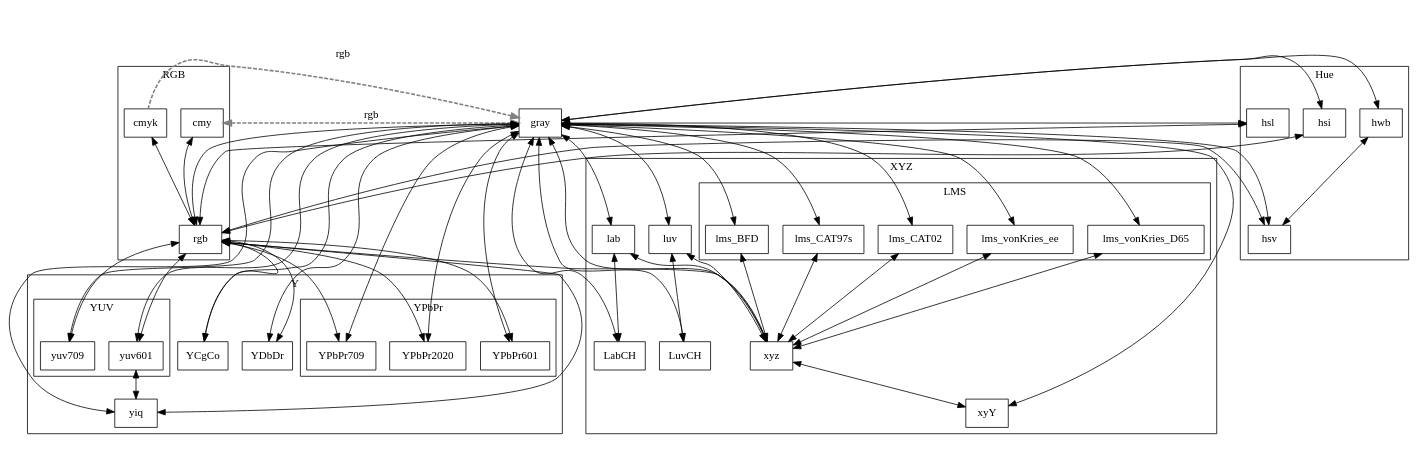
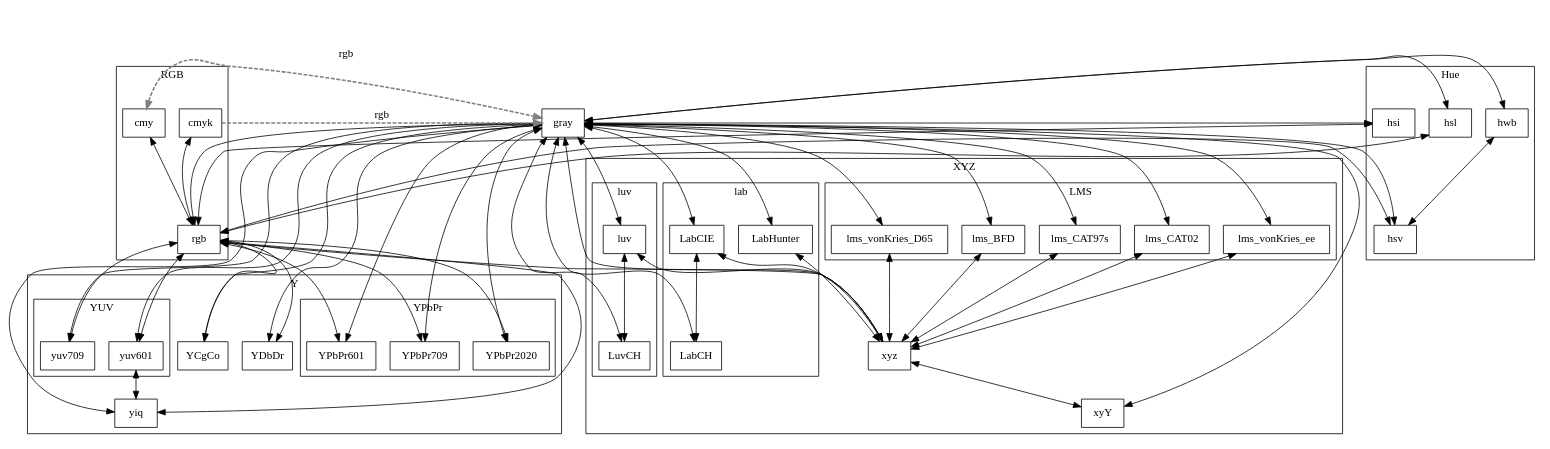
The diagram in doc/gv/conv.gv (dmilos/color), drawn with Graphviz before and after one commit. The commit also changed 15 other files, not shown here.

Commit message:
* new:[API] Promoted CIE/Hunter variant to README.md and HTML * fix:[internal] LabcH <-> lab conversion

```diff
--- a/doc/gv/conv.gv
+++ b/doc/gv/conv.gv
@@ -1,148 +1,160 @@
 digraph color_conversion {
 	node [ shape ="box" ];
 	//gray [ color=gray, penwidth = 5 ];
 	//rgb [ style=striped , fillcolor="red:green:blue" ];
 
 	cmy  -> gray [ label = "rgb", style=dashed, color=gray, penwidth = 2, dir=both ];
 	cmy  -> rgb  [ label = "", dir=both  ];
 
 	cmyk -> gray[ label = "rgb", style=dashed, color=gray, penwidth = 2, dir=forward ];
 	cmyk -> rgb [ label = "", dir=both ];
 
 	gray -> hsi   [ label = "", dir=both ];
 	gray -> hsl   [ label = "", dir=both ];
 	gray -> hsv   [ label = "", dir=both  ];
 	gray -> hwb   [ label = "", dir=both ];
 	gray -> rgb   [ label = "", dir=both ];
 	gray -> xyz   [ label = "", dir=both ];
 	gray -> YCgCo [ label = "", dir=both ];
 	gray -> YDbDr [ label = "", dir=both ];
 	gray -> yiq   [ label = "", dir=both ];
 	gray -> YPbPr601  [ label = "", dir=both ];
 	gray -> YPbPr709  [ label = "", dir=both ];
 	gray -> YPbPr2020 [ label = "", dir=both ];
 	gray -> yuv601   [ label = "", dir=both ];
 	gray -> yuv709   [ label = "", dir=both ];
 
 	gray -> lms_vonKries_ee   [ label = "", dir=both ];
 	gray -> lms_vonKries_D65   [ label = "", dir=both ];
 	gray -> lms_BFD   [ label = "", dir=both ];
 	gray -> lms_CAT97s   [ label = "", dir=both ];
 	gray -> lms_CAT02   [ label = "", dir=both ];
 	gray -> luv   [ label = "", dir=both ];
-	gray -> lab   [ label = "", dir=both ];
+	gray -> LabCIE   [ label = "", dir=both ];
+	gray -> LabHunter[ label = "", dir=both ];
 	gray -> xyY   [ label = "", dir=both ];
 
 	gray -> LabCH [ label = "", dir=both ];
 	gray -> LuvCH [ label = "", dir=both ];
 
 	hwb  -> hsv[ label = "", dir=both ];
 
 	hsi  -> rgb [ label = "", dir=both ];
 
 	hsl  -> rgb [ label = "", dir=both ];
 
 	hsv  -> rgb [ label = "", dir=both ];
 
 	lms_vonKries_ee -> xyz[ label = "", dir=both ];
 	lms_vonKries_D65 -> xyz[ label = "", dir=both ];
 	lms_BFD  -> xyz[ label = "", dir=both ];
 	lms_CAT97s -> xyz[ label = "", dir=both ];
 	lms_CAT02  -> xyz[ label = "", dir=both ];
 	luv -> xyz [ label = "", dir=both ];
 
 	rgb -> xyz   [ label = "", dir=both ];
 	rgb -> YCgCo [ label = "", dir=both ];
 	rgb -> YDbDr [ label = "", dir=both ];
 	rgb -> yiq   [ label = "", dir=both ];
 	rgb -> YPbPr601  [ label = "", dir=both ];
 	rgb -> YPbPr709  [ label = "", dir=both ];
 	rgb -> YPbPr2020 [ label = "", dir=both ];
 	rgb -> yuv601[ label = "", dir=both ];
 	rgb -> yuv709[ label = "", dir=both ];
 
 	//xyz -> Hunter  [ label = "", dir=both ];
 	xyz -> xyY     [ label = "", dir=both ];
-	lab -> xyz     [ label = "", dir=both ];
-	lab -> LabCH   [ label = "", dir=both ];
+	LabCIE -> xyz     [ label = "", dir=both ];
+	LabHunter -> xyz     [ label = "", dir=both ];
+	LabCIE -> LabCH   [ label = "", dir=both ];
 	luv -> LuvCH   [ label = "", dir=both ];
 
 	//yuv -> yuv   [ label = "", dir=both ];
 
 	yuv601 -> yiq   [ label = "", dir=both ];
 
 	subgraph cluster_hue
 	{
 		label = "Hue";
 		node [ ] hwb;
 		node [ ] hsi;
 		node [ ] hsl;
 		node [ ] hsv;
 	}
 
 	subgraph cluster_Y
 	{
 		label = "Y";
 		node [ ] YCgCo;
 		node [ ] YDbDr;
 		node [ ] yiq  ;
 		node [ ] YPbPr601 ;
 		node [ ] YPbPr709 ;
 		node [ ] YPbPr2020;
 		node [ ] yuv601;
 		node [ ] yuv709;
 		subgraph cluster_yuv
 		{
 			label = "YUV";
 			node [ ] yuv601;
 			node [ ] yuv709;
 		}
 		subgraph cluster_YPbPr
 		{
 			label = "YPbPr";
 			node [ ] YPbPr601 ;
 			node [ ] YPbPr709 ;
 			node [ ] YPbPr2020;
 		}
 	}
 
 	subgraph cluster_CIE
 	{
 		label = "XYZ";
 		node [ ] xyz;
-		//node [ ] Hunter;
-		node [ ] lab;
 		node [ ] xyY;
-		node [ ] luv;
+
 		subgraph cluster_LMS
 		{
 			label = "LMS";
 			node [ ] lms_vonKries_ee;
 			node [ ] lms_vonKries_D65;
 			node [ ] lms_BFD;
 			node [ ] lms_CAT97s;
 			node [ ] lms_CAT02;
 		}
 
-		node [ ] LabCH;
-		node [ ] LuvCH;
+		subgraph cluster_lab
+		{
+			label = "lab";
+			node [ ] LabCIE;
+			node [ ] LabHunter;
+			node [ ] LabCH;
+		}
+		subgraph cluster_luv
+		{
+			label = "luv";
+			node [ ] luv;
+			node [ ] LuvCH;
+		}
+
 	}
 
 	subgraph cluster_RGB
 	{
 		label = "RGB";
 		node [ ] cmy;
 		node [ ] rgb;
 		node [ ] cmyk;
 	}
 
 
 	//subgraph cluster_center
 	//{
 	//	label = "center";
 	//	node [ ] rgb;
 	//	node [ ] xyz;
 	//	node [ ] gray;
 	//}
 
 }
```
